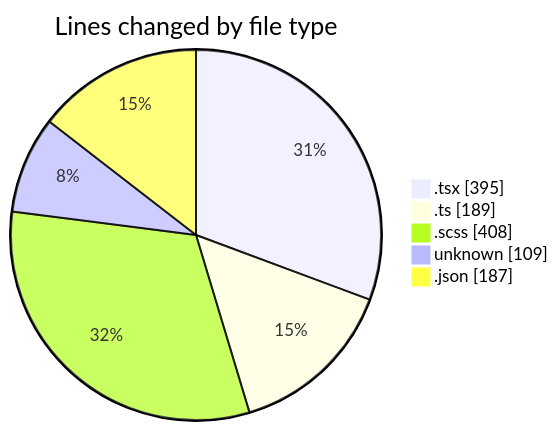
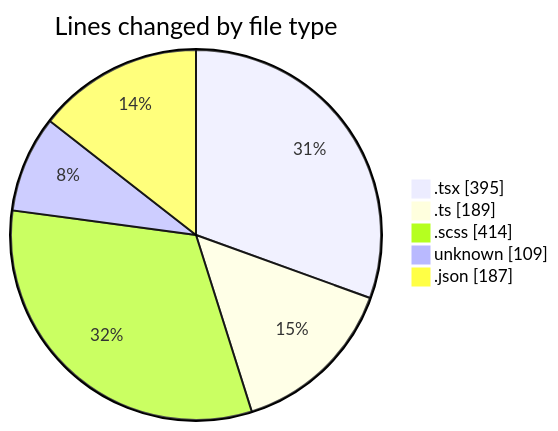
Before and after one commit to momahboobian/code-tracking: the first of 2 diagrams in 2026-04-15/cda/README.md, drawn with Mermaid. The commit also changed other lines of this file and 1 other file, not shown here.

````diff
--- a/2026-04-15/cda/README.md
+++ b/2026-04-15/cda/README.md
@@ -33,9 +33,9 @@
 ```mermaid
 pie showData
 title Lines changed by file type
 ".tsx" : 395
 ".ts" : 189
-".scss" : 408
+".scss" : 414
 "unknown" : 109
 ".json" : 187
 ```
````
